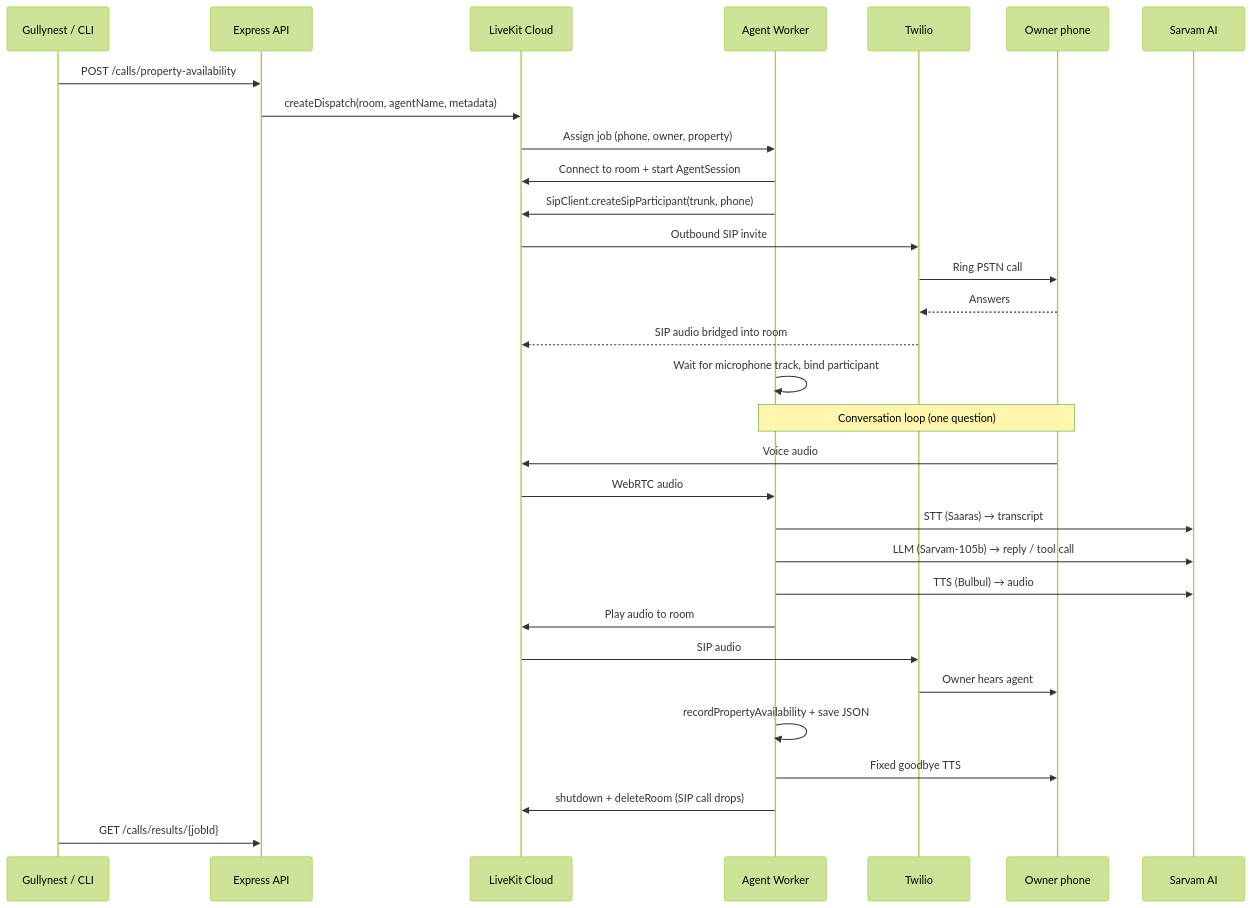
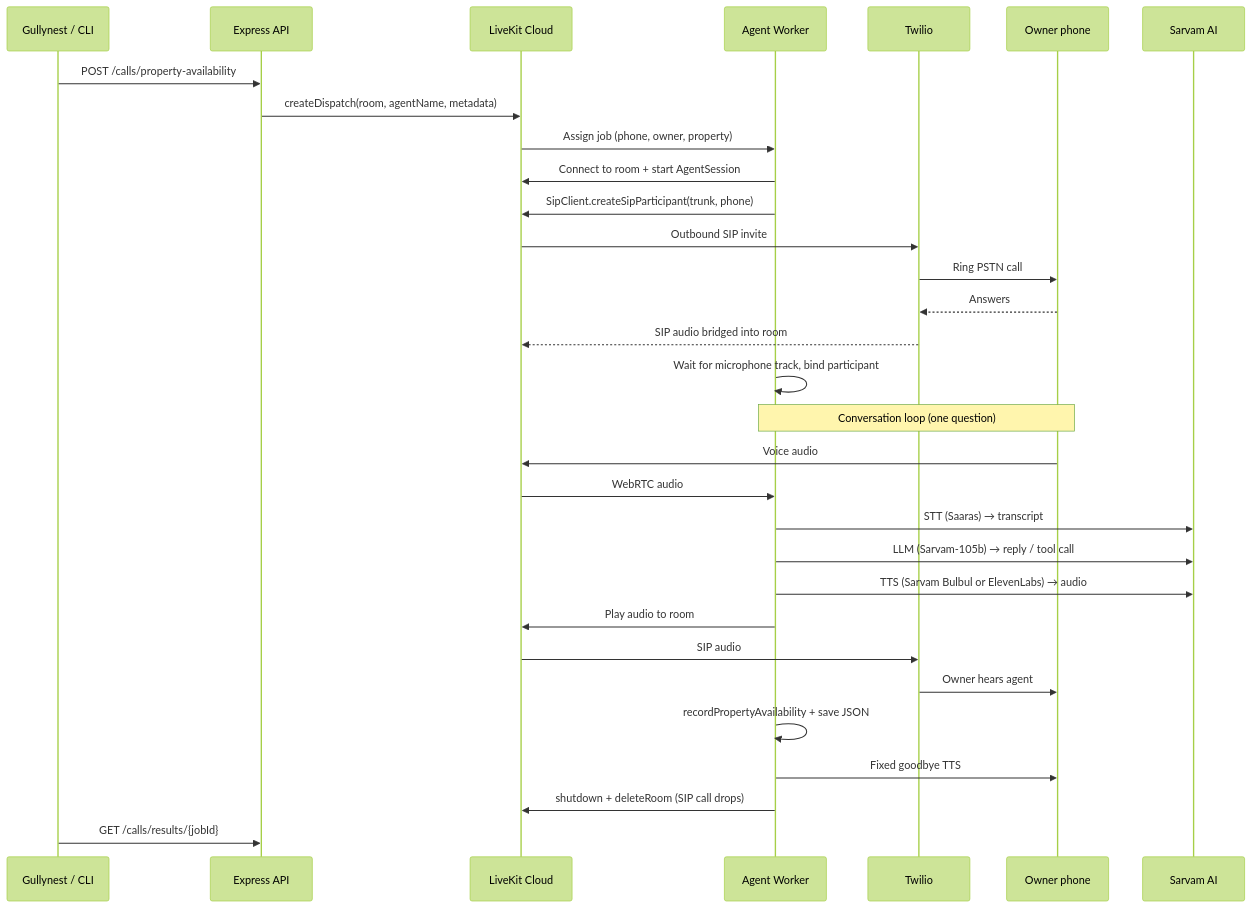
The diagram in README.md (Devanshgoel-123/VoiceAgent), drawn with Mermaid (forest theme) before and after one commit. The commit also changed other lines of this file and 14 other files, not shown here.

````diff
--- a/README.md
+++ b/README.md
@@ -113,36 +114,36 @@
 ```mermaid
 sequenceDiagram
     participant G as Gullynest / CLI
     participant API as Express API
     participant LK as LiveKit Cloud
     participant W as Agent Worker
     participant TW as Twilio
     participant O as Owner phone
     participant S as Sarvam AI
 
     G->>API: POST /calls/property-availability
     API->>LK: createDispatch(room, agentName, metadata)
     LK->>W: Assign job (phone, owner, property)
     W->>LK: Connect to room + start AgentSession
     W->>LK: SipClient.createSipParticipant(trunk, phone)
     LK->>TW: Outbound SIP invite
     TW->>O: Ring PSTN call
     O-->>TW: Answers
     TW-->>LK: SIP audio bridged into room
     W->>W: Wait for microphone track, bind participant
 
     Note over O,W: Conversation loop (one question)
     O->>LK: Voice audio
     LK->>W: WebRTC audio
     W->>S: STT (Saaras) → transcript
     W->>S: LLM (Sarvam-105b) → reply / tool call
-    W->>S: TTS (Bulbul) → audio
+    W->>S: TTS (Sarvam Bulbul or ElevenLabs) → audio
     W->>LK: Play audio to room
     LK->>TW: SIP audio
     TW->>O: Owner hears agent
 
     W->>W: recordPropertyAvailability + save JSON
     W->>O: Fixed goodbye TTS
     W->>LK: shutdown + deleteRoom (SIP call drops)
     G->>API: GET /calls/results/{jobId}
 ```
````
